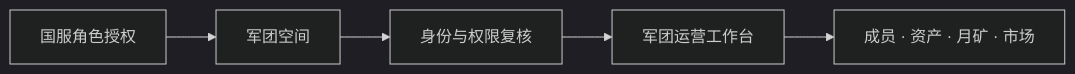
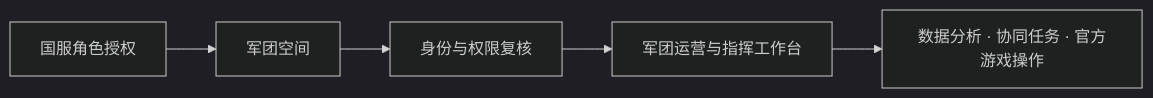
The diagram in README.md (HatcherZhao/eve-corp-manager), drawn with Mermaid (dark theme) before and after one commit. The commit also changed other lines of this file and 176 other files, not shown here.

````diff
--- a/README.md
+++ b/README.md
@@ -35,7 +35,7 @@
 ```mermaid
 flowchart LR
     A[国服角色授权] --> B[军团空间]
     B --> C[身份与权限复核]
-    C --> D[军团运营工作台]
-    D --> E[成员 · 资产 · 月矿 · 市场]
+    C --> D[军团运营与指挥工作台]
+    D --> E[数据分析 · 协同任务 · 官方游戏操作]
 ```
````
